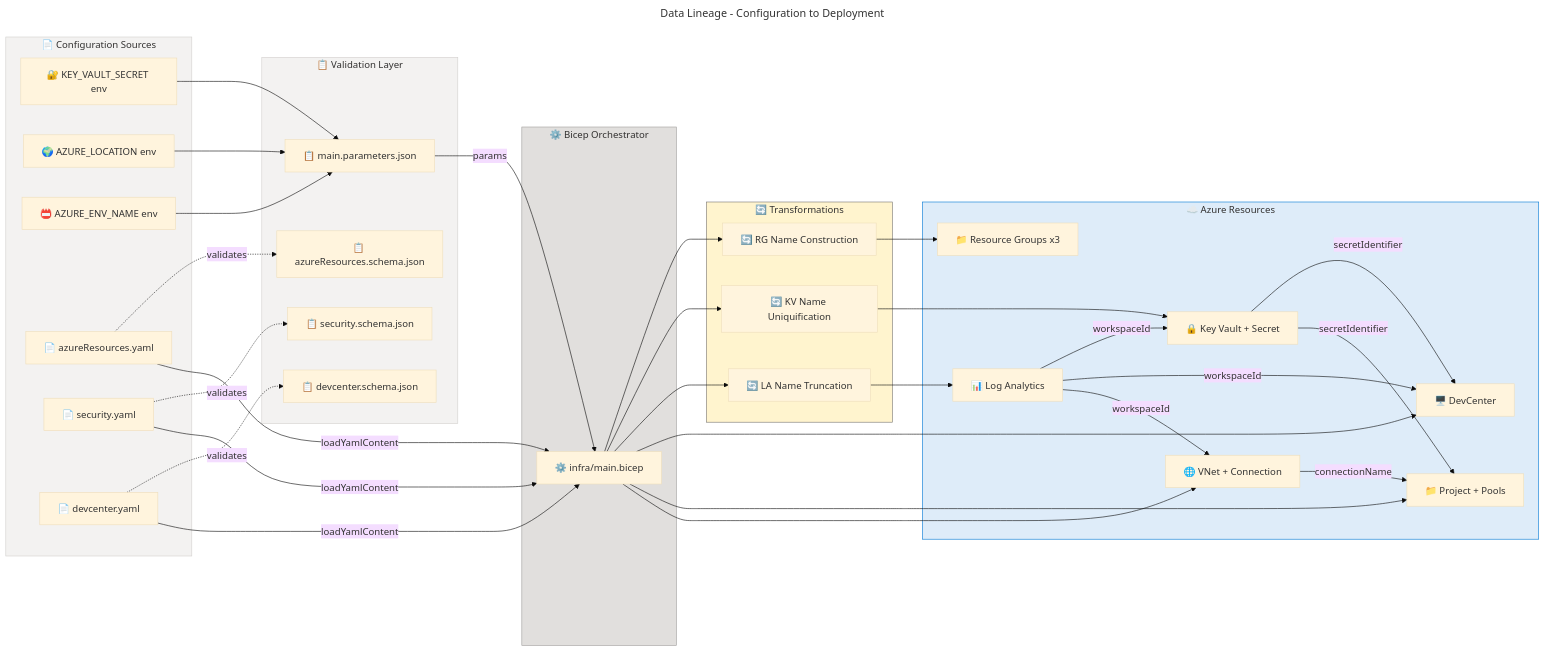
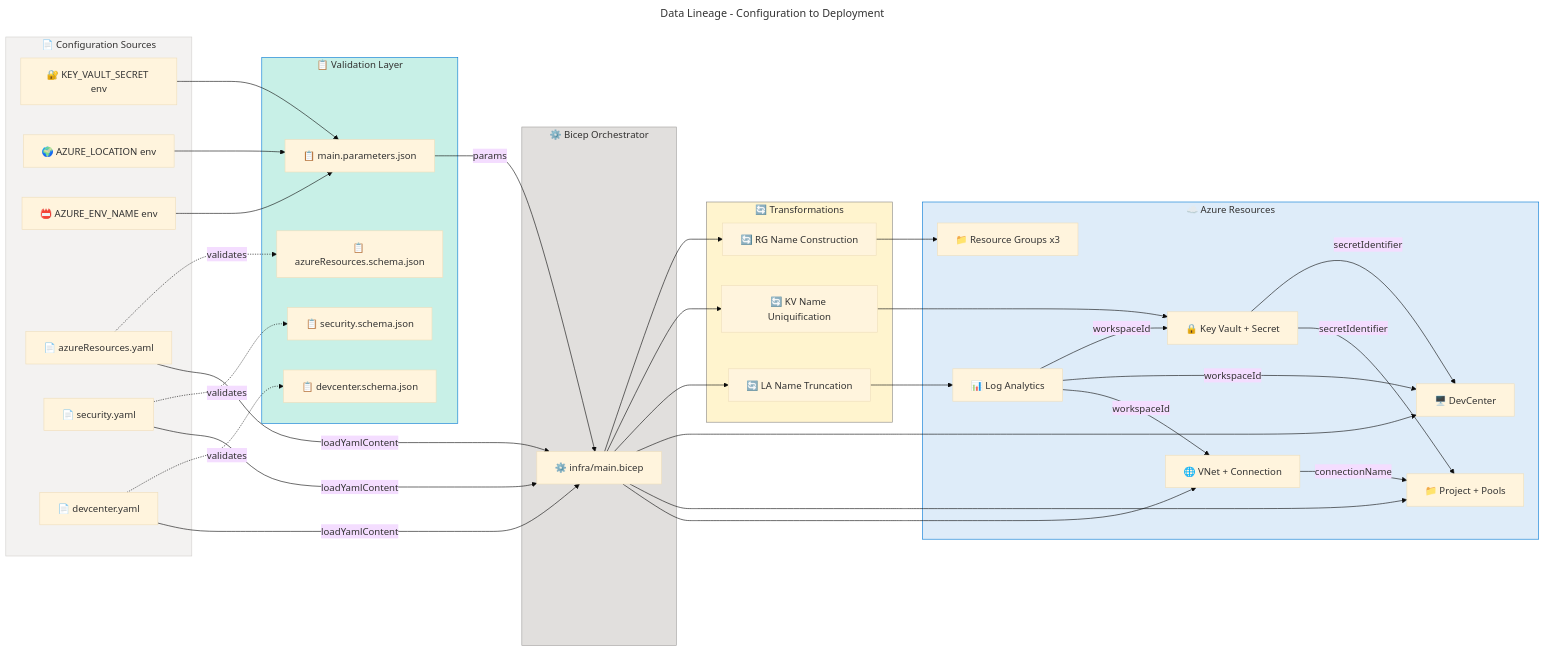
One commit to Evilazaro/DevExp-DevBox changed the ninth of 9 diagrams in docs/architecture/data-architecture.md. Above: the diagram before and after it, drawn with Mermaid. The commit also changed other lines of this file, not shown here.

Commit message:
style: update color codes in flowcharts for improved visibility and consistency

```diff
--- a/docs/architecture/data-architecture.md
+++ b/docs/architecture/data-architecture.md
@@ -1129,7 +1129,7 @@
         S3["📋 devcenter.schema.json"]
         P1["📋 main.parameters.json"]
     end
-    style VALIDATION fill:#F3F2F1,stroke:#D2D0CE,color:#323130
+    style VALIDATION fill:#C8F0E7,stroke:#0078D4,color:#323130
 
     subgraph ORCHESTRATOR["⚙️ Bicep Orchestrator"]
         MB["⚙️ infra/main.bicep"]
@@ -1141,7 +1141,7 @@
         T2["🔄 KV Name Uniquification"]
         T3["🔄 LA Name Truncation"]
     end
-    style TRANSFORMS fill:#FFF4CE,stroke:#797673,color:#323130
+    style TRANSFORMS fill:#FFF4CE,stroke:#8A8886,color:#323130
 
     subgraph RESOURCES["☁️ Azure Resources"]
         RG["📁 Resource Groups x3"]
```
